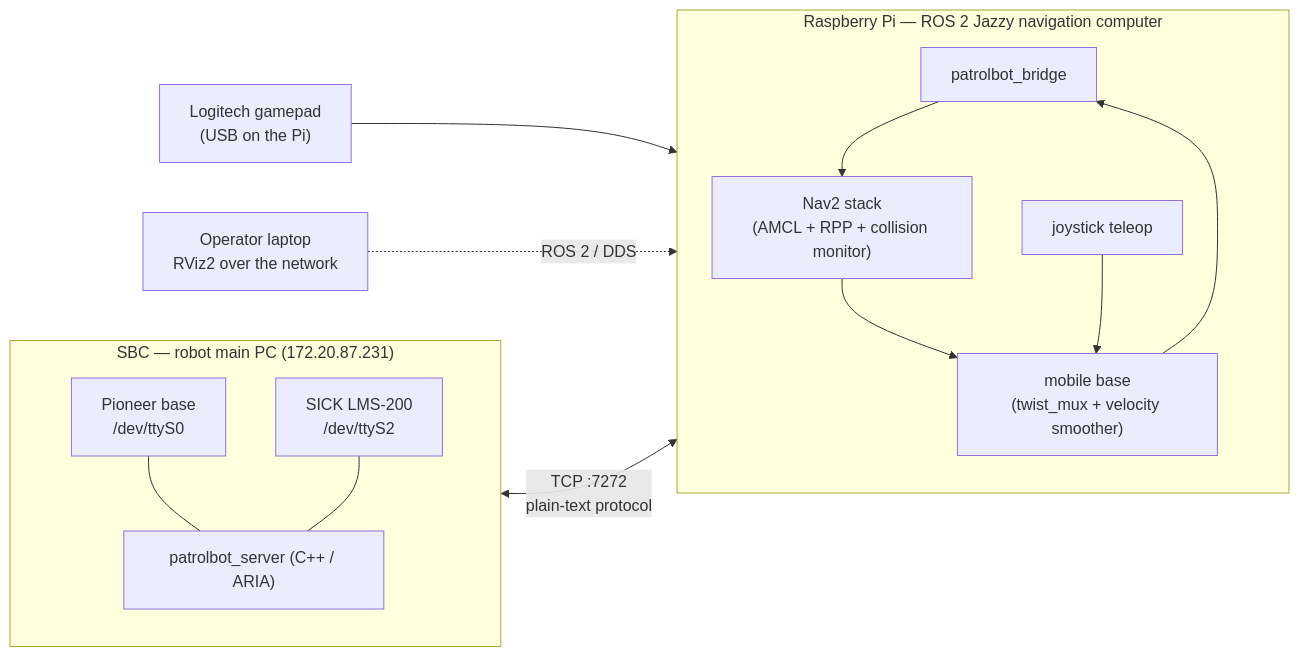
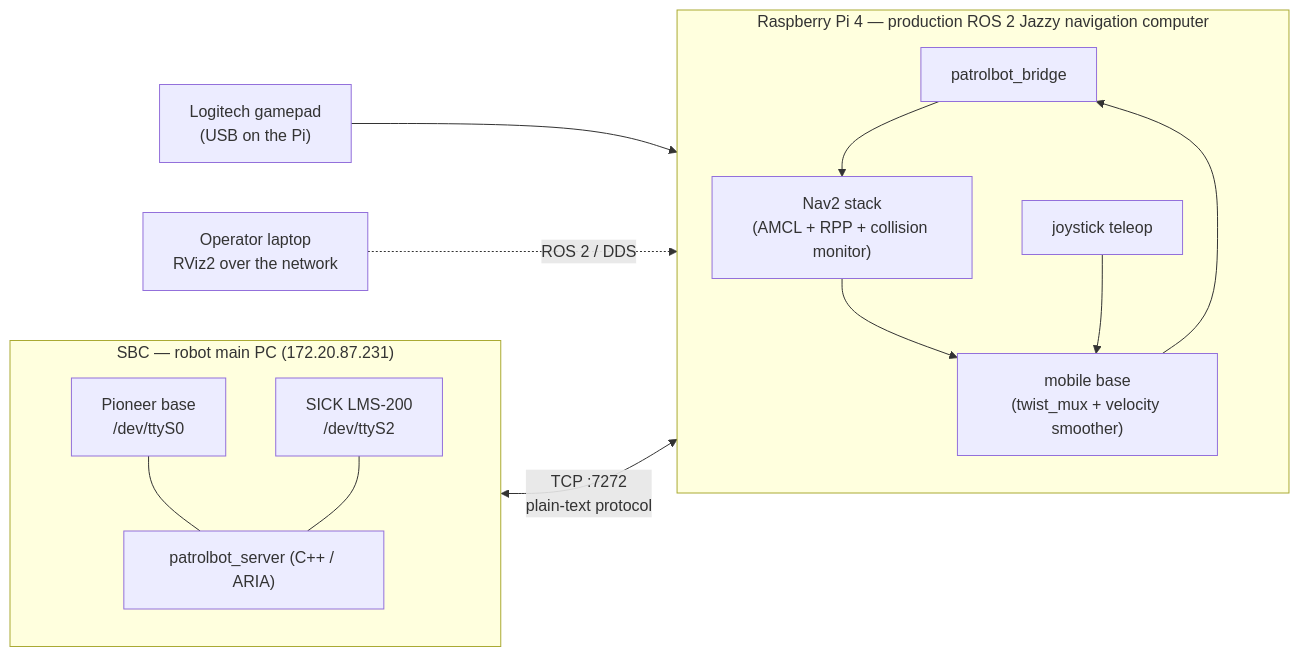
The diagram in docs/index.md (cmu-impactlab/patrolbot), drawn with Mermaid before and after one commit. The commit also changed other lines of this file and 41 other files, not shown here.

````diff
--- a/docs/index.md
+++ b/docs/index.md
@@ -18,28 +18,28 @@
 ```mermaid
 flowchart LR
     subgraph SBC["SBC — robot main PC (172.20.87.231)"]
         direction TB
         ARIA["patrolbot_server (C++ / ARIA)"]
         BASE["Pioneer base\n/dev/ttyS0"]
         LASER["SICK LMS-200\n/dev/ttyS2"]
         BASE --- ARIA
         LASER --- ARIA
     end
 
-    subgraph PI["Raspberry Pi — ROS 2 Jazzy navigation computer"]
+    subgraph PI["Raspberry Pi 4 — production ROS 2 Jazzy navigation computer"]
         direction TB
         BRIDGE["patrolbot_bridge"]
         NAV["Nav2 stack\n(AMCL + RPP + collision monitor)"]
         BASECTRL["mobile base\n(twist_mux + velocity smoother)"]
         JOY["joystick teleop"]
         BRIDGE --> NAV
         NAV --> BASECTRL
         JOY --> BASECTRL
         BASECTRL --> BRIDGE
     end
 
     ARIA <-->|"TCP :7272\nplain-text protocol"| BRIDGE
 
     GAMEPAD["Logitech gamepad\n(USB on the Pi)"] --> JOY
     OPERATOR["Operator laptop\nRViz2 over the network"] -.->|"ROS 2 / DDS"| NAV
 ```
````
